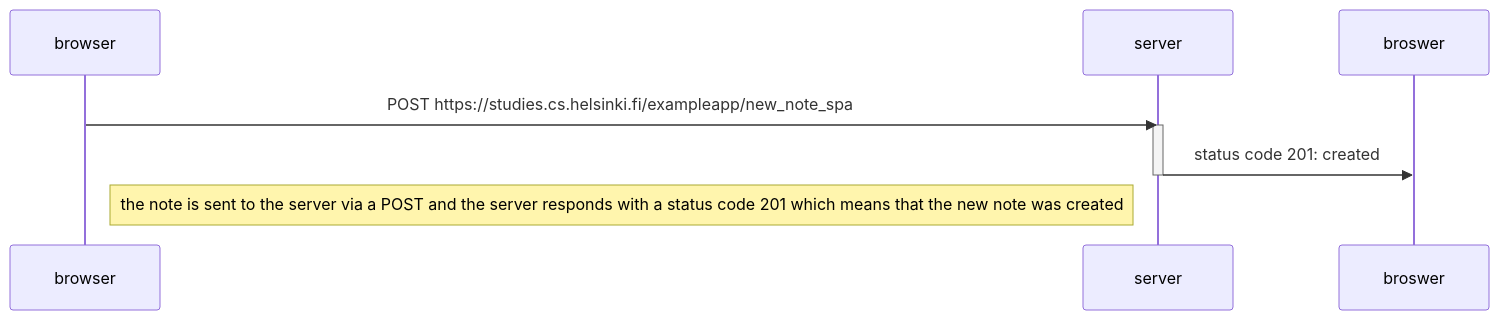
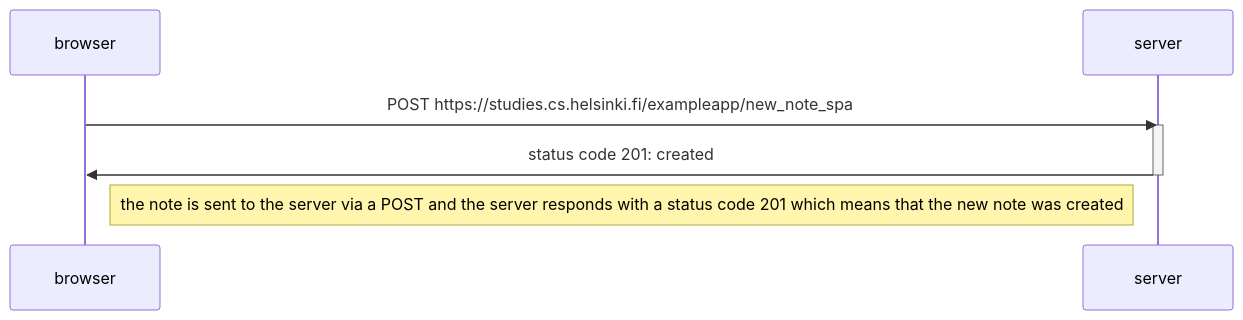
One commit to Rushaxso/FullStackOpen changed the diagram in part0/0.6_NewNoteSPADiagram.md. Above: the diagram before and after it, drawn with Mermaid.

````diff
--- a/part0/0.6_NewNoteSPADiagram.md
+++ b/part0/0.6_NewNoteSPADiagram.md
@@ -1,12 +1,12 @@
 ```mermaid
 sequenceDiagram
   participant browser
   participant server
 
   browser->>server: POST https://studies.cs.helsinki.fi/exampleapp/new_note_spa
   activate server
-  server->>broswer: status code 201: created
+  server->>browser: status code 201: created
   deactivate server
 
   Note right of browser: the note is sent to the server via a POST and the server responds with a status code 201 which means that the new note was created
 ```
````
